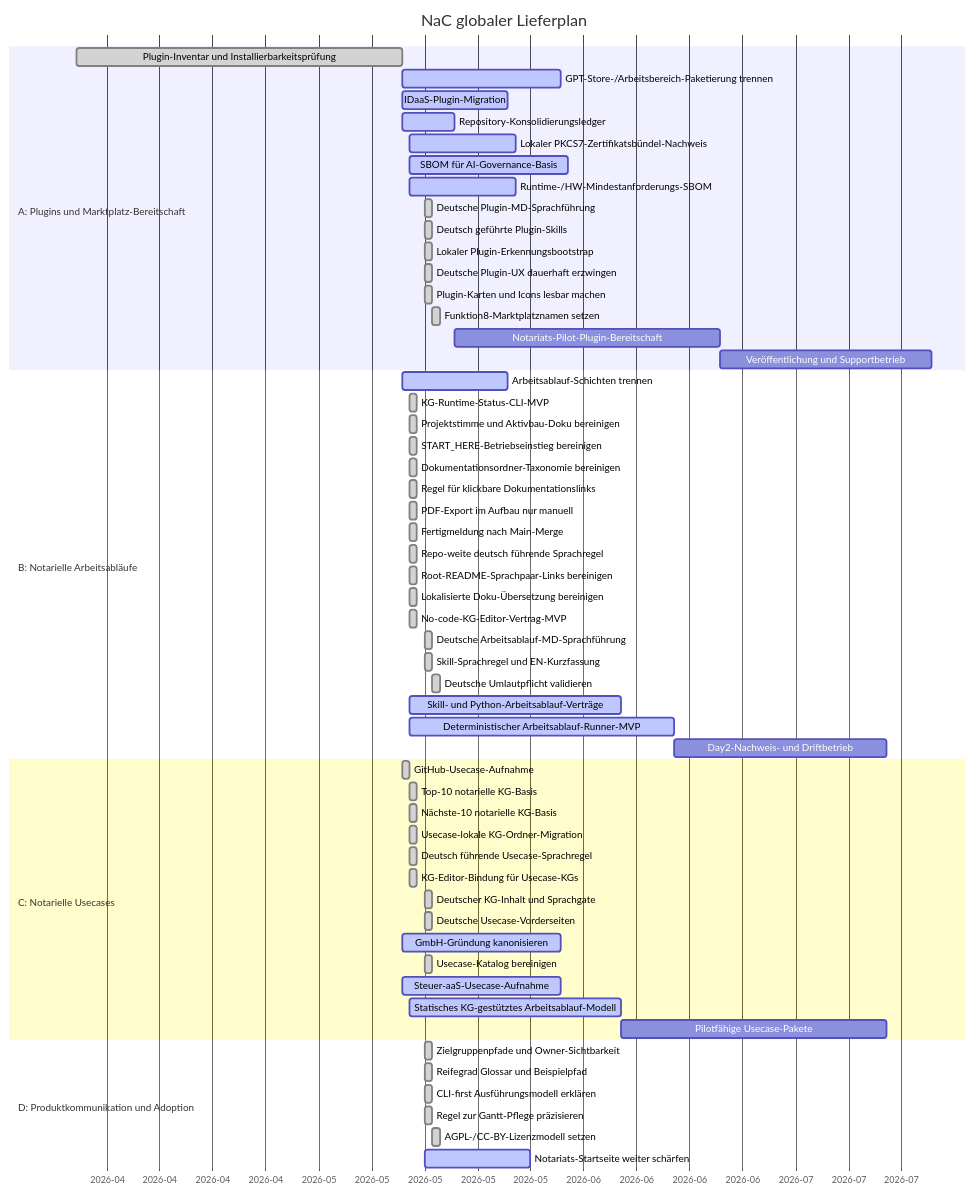
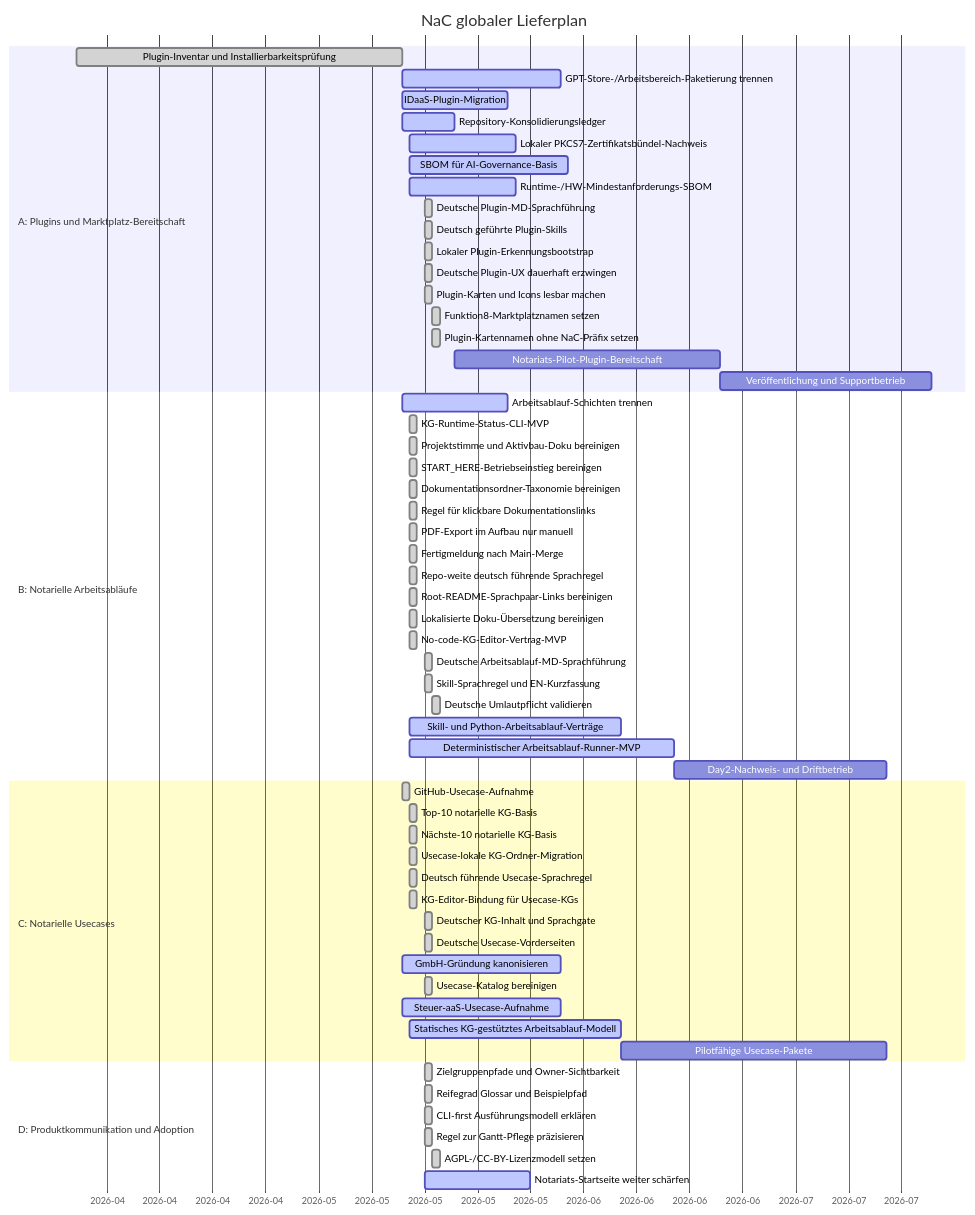
One commit to notariat8/NaC changed the diagram in roadmap/GANTT.md. Above: the diagram before and after it, drawn with Mermaid. The commit also changed other lines of this file and 46 other files, not shown here.

````diff
--- a/roadmap/GANTT.md
+++ b/roadmap/GANTT.md
@@ -14,66 +14,67 @@
 ```mermaid
 gantt
     title NaC globaler Lieferplan
     dateFormat  YYYY-MM-DD
     axisFormat  %Y-%m
 
     section A: Plugins und Marktplatz-Bereitschaft
     Plugin-Inventar und Installierbarkeitsprüfung :done, a1, 2026-04-01, 2026-05-14
     GPT-Store-/Arbeitsbereich-Paketierung trennen :active, a2, 2026-05-14, 21d
     IDaaS-Plugin-Migration                       :active,  a3, 2026-05-14, 14d
     Repository-Konsolidierungsledger             :active,  a4, 2026-05-14, 7d
     Lokaler PKCS7-Zertifikatsbündel-Nachweis    :active,  a4a, 2026-05-15, 14d
     SBOM für AI-Governance-Basis                :active,  a4b, 2026-05-15, 21d
     Runtime-/HW-Mindestanforderungs-SBOM         :active,  a4c, 2026-05-15, 14d
     Deutsche Plugin-MD-Sprachführung            :done,    a4d, 2026-05-17, 1d
     Deutsch geführte Plugin-Skills              :done,    a4e, 2026-05-17, 1d
     Lokaler Plugin-Erkennungsbootstrap           :done,    a4f, 2026-05-17, 1d
     Deutsche Plugin-UX dauerhaft erzwingen       :done,    a4g, 2026-05-17, 1d
     Plugin-Karten und Icons lesbar machen        :done,    a4h, 2026-05-17, 1d
     Funktion8-Marktplatznamen setzen             :done,    a4i, 2026-05-18, 1d
+    Plugin-Kartennamen ohne NaC-Präfix setzen    :done,    a4j, 2026-05-18, 1d
     Notariats-Pilot-Plugin-Bereitschaft          :         a5, after a4, 35d
     Veröffentlichung und Supportbetrieb         :         a6, after a5, 28d
 
     section B: Notarielle Arbeitsabläufe
     Arbeitsablauf-Schichten trennen              :active,  b1, 2026-05-14, 14d
     KG-Runtime-Status-CLI-MVP                    :done,    b1a, 2026-05-15, 1d
     Projektstimme und Aktivbau-Doku bereinigen   :done,    b1b, 2026-05-15, 1d
     START_HERE-Betriebseinstieg bereinigen       :done,    b1c, 2026-05-15, 1d
     Dokumentationsordner-Taxonomie bereinigen    :done,    b1d, 2026-05-15, 1d
     Regel für klickbare Dokumentationslinks     :done,    b1e, 2026-05-15, 1d
     PDF-Export im Aufbau nur manuell             :done,    b1f, 2026-05-15, 1d
     Fertigmeldung nach Main-Merge                :done,    b1g, 2026-05-15, 1d
     Repo-weite deutsch führende Sprachregel     :done,    b1h, 2026-05-15, 1d
     Root-README-Sprachpaar-Links bereinigen      :done,    b1i, 2026-05-15, 1d
     Lokalisierte Doku-Übersetzung bereinigen    :done,    b1j, 2026-05-15, 1d
     No-code-KG-Editor-Vertrag-MVP                :done,    b1k, 2026-05-15, 1d
     Deutsche Arbeitsablauf-MD-Sprachführung     :done,    b1l, 2026-05-17, 1d
     Skill-Sprachregel und EN-Kurzfassung         :done,    b1m, 2026-05-17, 1d
     Deutsche Umlautpflicht validieren            :done,    b1n, 2026-05-18, 1d
     Skill- und Python-Arbeitsablauf-Verträge    :active,  b2, 2026-05-15, 28d
     Deterministischer Arbeitsablauf-Runner-MVP   :active,  b3, 2026-05-15, 35d
     Day2-Nachweis- und Driftbetrieb              :         b4, after b3, 28d
 
     section C: Notarielle Usecases
     GitHub-Usecase-Aufnahme                      :done,    c1, 2026-05-14, 1d
     Top-10 notarielle KG-Basis                   :done,    c2, 2026-05-15, 1d
     Nächste-10 notarielle KG-Basis              :done,    c3, 2026-05-15, 1d
     Usecase-lokale KG-Ordner-Migration           :done,    c3a, 2026-05-15, 1d
     Deutsch führende Usecase-Sprachregel        :done,    c3b, 2026-05-15, 1d
     KG-Editor-Bindung für Usecase-KGs           :done,    c3c, 2026-05-15, 1d
     Deutscher KG-Inhalt und Sprachgate           :done,    c3d, 2026-05-17, 1d
     Deutsche Usecase-Vorderseiten                :done,    c3e, 2026-05-17, 1d
     GmbH-Gründung kanonisieren                  :active,  c4, 2026-05-14, 21d
     Usecase-Katalog bereinigen                 :done,    c5, 2026-05-17, 1d
     Steuer-aaS-Usecase-Aufnahme                  :active,  c6, 2026-05-14, 21d
     Statisches KG-gestütztes Arbeitsablauf-Modell :active, c7, 2026-05-15, 28d
     Pilotfähige Usecase-Pakete                  :         c8, after c7, 35d
 
     section D: Produktkommunikation und Adoption
     Zielgruppenpfade und Owner-Sichtbarkeit      :done,    d1, 2026-05-17, 1d
     Reifegrad Glossar und Beispielpfad           :done,    d1a, 2026-05-17, 1d
     CLI-first Ausführungsmodell erklären       :done,    d1b, 2026-05-17, 1d
     Regel zur Gantt-Pflege präzisieren         :done,    d1c, 2026-05-17, 1d
     AGPL-/CC-BY-Lizenzmodell setzen              :done,    d1d, 2026-05-18, 1d
     Notariats-Startseite weiter schärfen        :active,  d2, 2026-05-17, 14d
 ```
````
